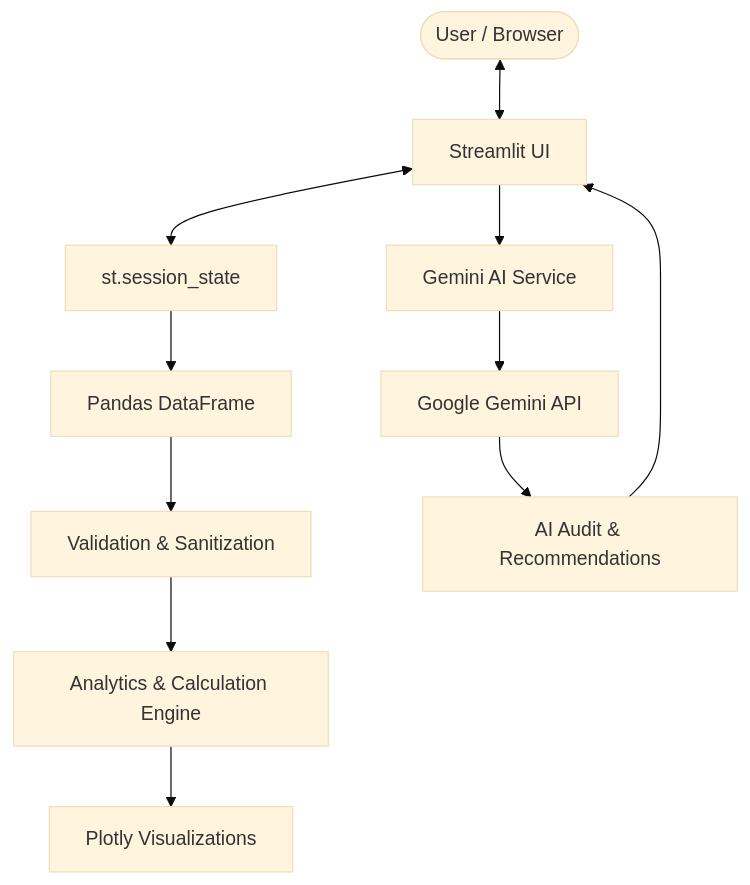
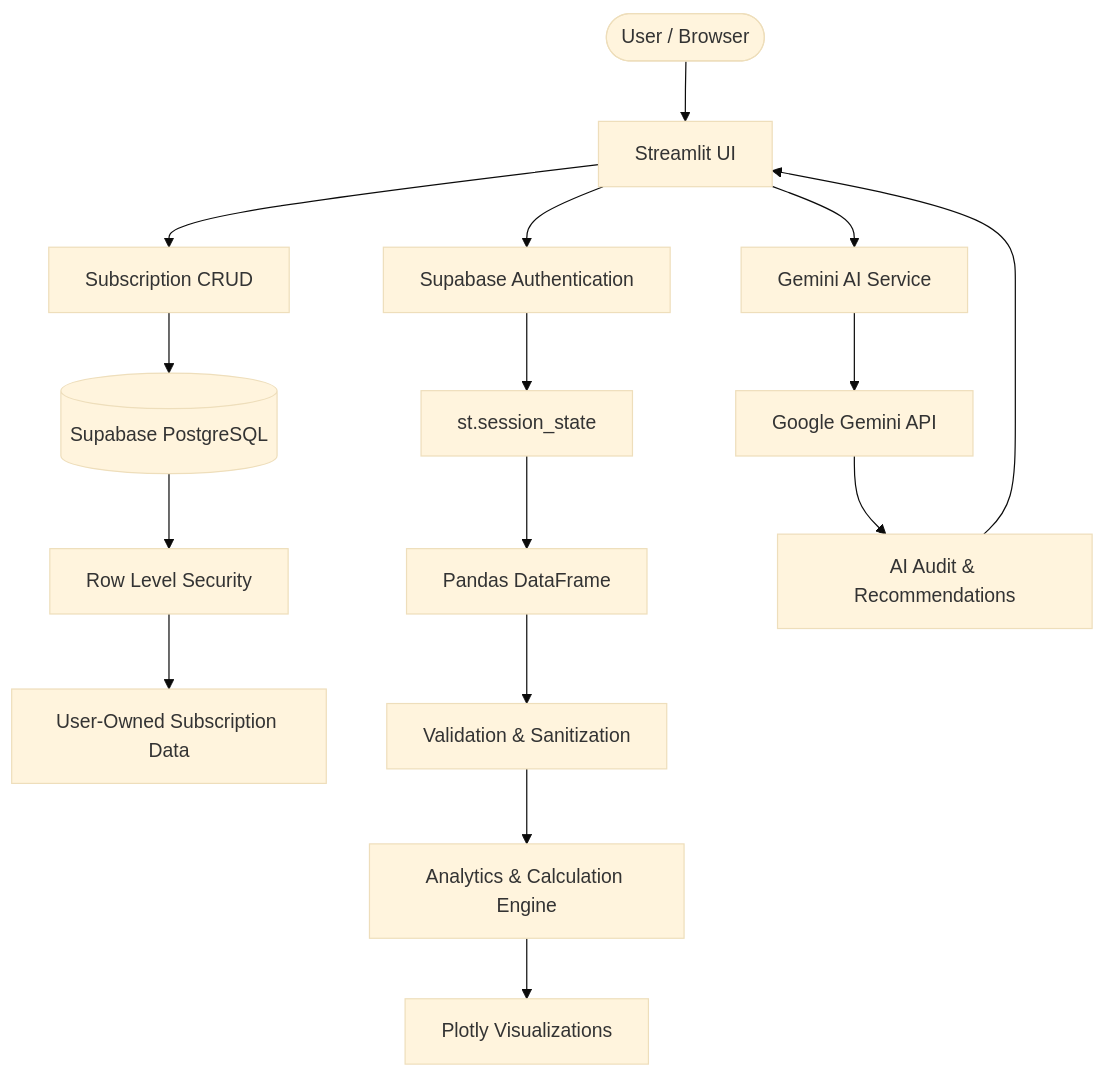
One commit to KahkshanAnsari/Subsight.AI changed the diagram in README.md. Above: the diagram before and after it, drawn with Mermaid (base theme). The commit also changed other lines of this file, not shown here.

````diff
--- a/README.md
+++ b/README.md
@@ -150,25 +231,35 @@
 ```mermaid
 graph TD
 
     User([User / Browser])
 
-    User <--> UI[Streamlit UI]
+    User --> UI[Streamlit UI]
 
-    UI <--> State[st.session_state]
+    UI --> Auth[Supabase Authentication]
 
-    State --> Data[Pandas DataFrame]
+    Auth --> Session[st.session_state]
+
+    Session --> Data[Pandas DataFrame]
+
+    UI --> CRUD[Subscription CRUD]
+
+    CRUD --> DB[(Supabase PostgreSQL)]
+
+    DB --> RLS[Row Level Security]
+
+    RLS --> UserData[User-Owned Subscription Data]
 
     Data --> Validation[Validation & Sanitization]
 
     Validation --> Analytics[Analytics & Calculation Engine]
 
     Analytics --> Charts[Plotly Visualizations]
 
     UI --> GeminiService[Gemini AI Service]
 
     GeminiService --> Gemini[Google Gemini API]
 
     Gemini --> Insights[AI Audit & Recommendations]
 
     Insights --> UI
 ```
````
